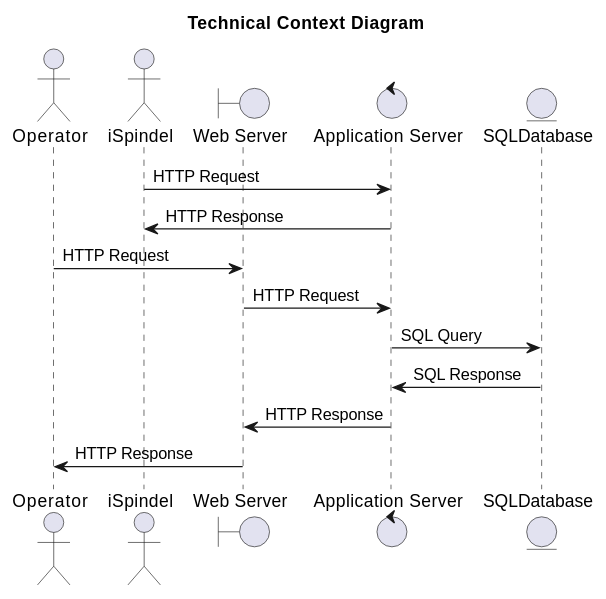
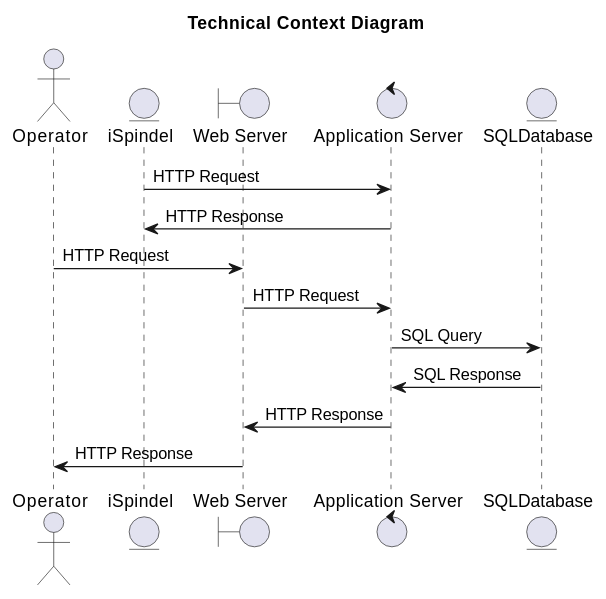
The third of 5 diagrams in documents/01-Conception-Phase/00-HoppyBrew.md (asbor/iu-project-software-engineering), drawn with PlantUML before and after one commit. The commit also changed 3 other files, not shown here.

```diff
--- a/documents/01-Conception-Phase/00-HoppyBrew.md
+++ b/documents/01-Conception-Phase/00-HoppyBrew.md
@@ -338,22 +338,21 @@
 @startuml 03-Context-View-Technical
 
 title Technical Context Diagram
 
 actor user as "Operator"
-actor ISpindel as "iSpindel"
+entity ISpindel as "iSpindel"
 boundary WebServer as "Web Server"
 control AppServer as "Application Server"
 entity Database as "SQLDatabase"
-
 
 ISpindel -> AppServer : HTTP Request
 AppServer -> ISpindel : HTTP Response
 
 user -> WebServer : HTTP Request
 WebServer -> AppServer : HTTP Request
 AppServer -> Database : SQL Query
 Database -> AppServer : SQL Response
 AppServer -> WebServer : HTTP Response
 WebServer -> user : HTTP Response
 
 @enduml
```
